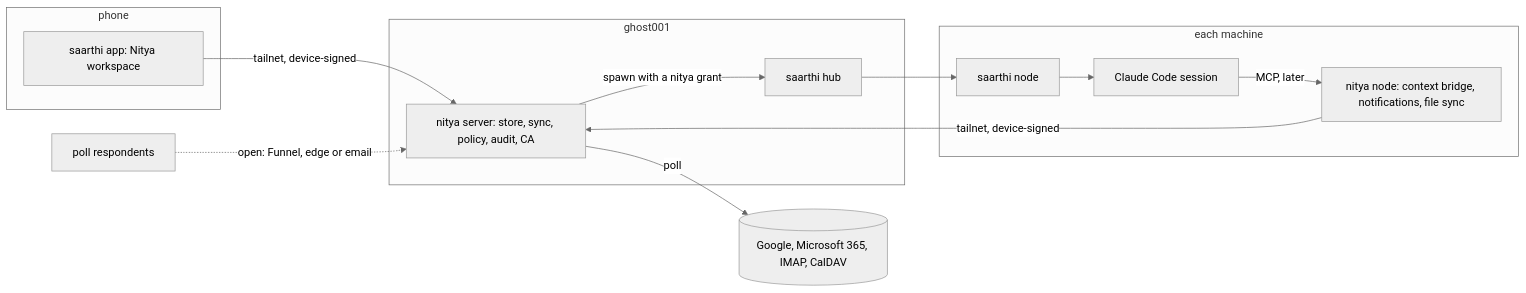
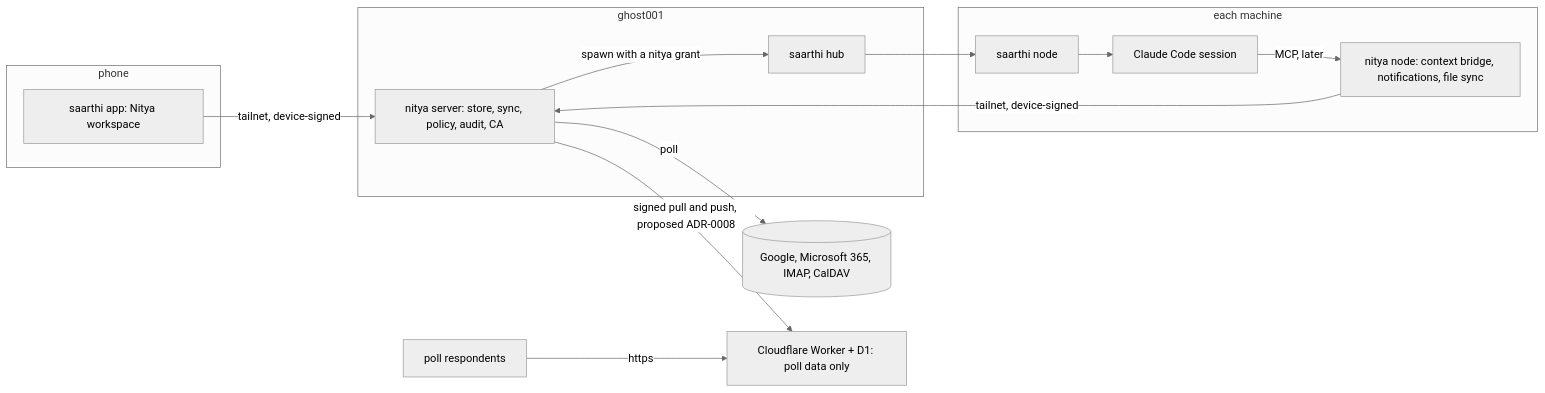
One commit to leoank/nitya changed the diagram in docs/architecture.md. Above: the diagram before and after it, drawn with Mermaid (neutral theme). The commit also changed other lines of this file and 5 other files, not shown here.

First line of the commit message:
docs(decisions): ADR-0008 proposed — meeting-poll respondents reach a Cloudflare Worker with D1 holding only poll data, which nitya pushes to and pulls from, so nothing outside the tailnet reaches nitya itself

````diff
--- a/docs/architecture.md
+++ b/docs/architecture.md
@@ -41,24 +41,25 @@
 ```mermaid
 flowchart LR
   subgraph phone[phone]
     app[saarthi app: Nitya workspace]
   end
   subgraph ghost001[ghost001]
     server[nitya server: store, sync, policy, audit, CA]
     hub[saarthi hub]
   end
   subgraph machine[each machine]
     node[nitya node: context bridge, notifications, file sync]
     snode[saarthi node]
     agent[Claude Code session]
   end
   providers[(Google, Microsoft 365, IMAP, CalDAV)]
   outside[poll respondents]
   app -- tailnet, device-signed --> server
   node -- tailnet, device-signed --> server
   server -- poll --> providers
   server -- spawn with a nitya grant --> hub
   hub --> snode --> agent
   agent -- MCP, later --> node
-  outside -. open: Funnel, edge or email .-> server
+  outside -- https --> worker[Cloudflare Worker + D1: poll data only]
+  server -- signed pull and push, proposed ADR-0008 --> worker
 ```
````
